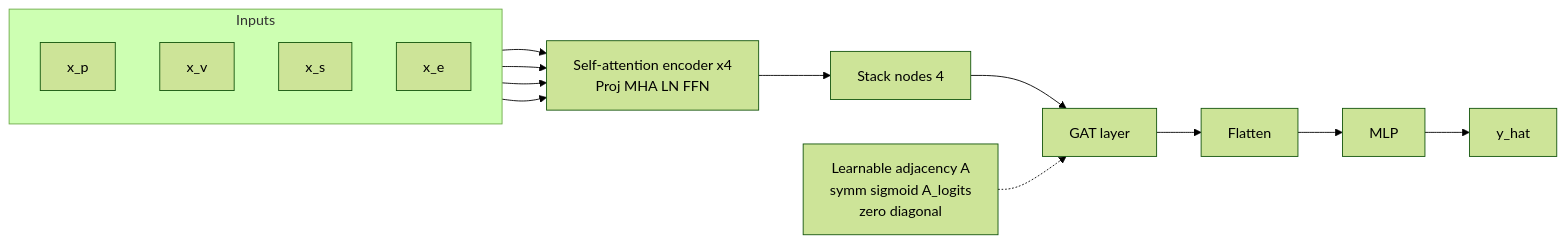
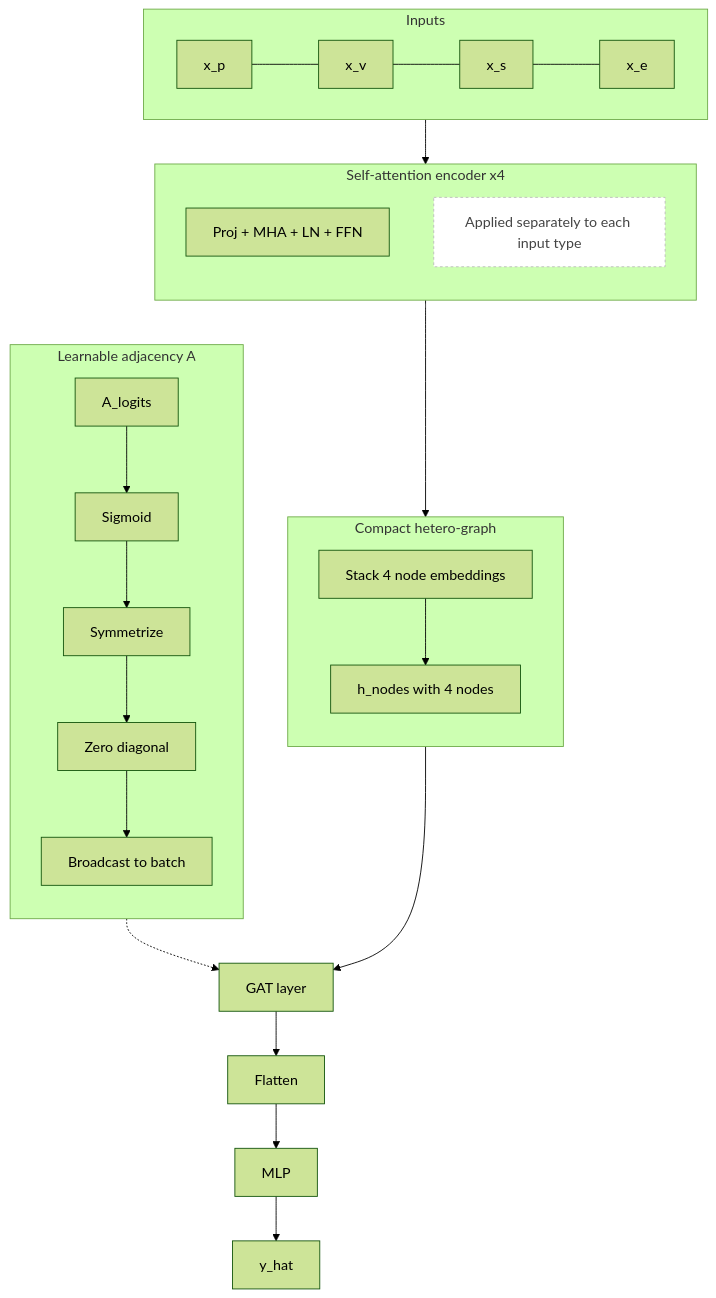
The diagram in README.md (Jueng-Eun/Skin-Absroption), drawn with Mermaid (forest theme) before and after one commit.

````diff
--- a/README.md
+++ b/README.md
@@ -1,27 +1,48 @@
 ```mermaid
-graph LR
+flowchart TD
+  %% ===== Inputs =====
   subgraph IN[Inputs]
-    direction TB
-    Xp[x_p]
-    Xv[x_v]
-    Xs[x_s]
-    Xe[x_e]
+    direction LR
+    Xp[x_p] --- Xv[x_v] --- Xs[x_s] --- Xe[x_e]
   end
 
-  ENC[Self-attention encoder x4\nProj MHA LN FFN]
-  STK[Stack nodes 4]
+  %% ===== Encoders (collapsed) =====
+  subgraph ENC[Self-attention encoder x4]
+    direction TB
+    E0[Proj + MHA + LN + FFN]
+    Note1[Applied separately to each input type]:::note
+  end
+
+  %% ===== Node stack =====
+  subgraph STK[Compact hetero-graph]
+    direction TB
+    S1[Stack 4 node embeddings]
+    S2[h_nodes with 4 nodes]
+  end
+
+  %% ===== Learnable adjacency =====
+  subgraph ADJ[Learnable adjacency A]
+    direction TB
+    A0[A_logits]
+    A1[Sigmoid]
+    A2[Symmetrize]
+    A3[Zero diagonal]
+    A4[Broadcast to batch]
+    A0 --> A1 --> A2 --> A3 --> A4
+  end
+
+  %% ===== Message passing + Head =====
   GAT[GAT layer]
   FLT[Flatten]
   MLP[MLP]
   OUT[y_hat]
 
-  Xp --> ENC
-  Xv --> ENC
-  Xs --> ENC
-  Xe --> ENC
+  %% ===== Data flow =====
+  IN --> ENC --> S1 --> S2 --> GAT --> FLT --> MLP --> OUT
 
-  ENC --> STK --> GAT --> FLT --> MLP --> OUT
+  %% ===== Parameter flow (dashed) =====
+  A4 -.-> GAT
 
-  ADJ[Learnable adjacency A\nsymm sigmoid A_logits\nzero diagonal]
-  ADJ -.-> GAT
+  %% ===== Styling =====
+  classDef note fill:#ffffff,stroke:#bbbbbb,stroke-dasharray: 3 3,color:#444444;
 ```
````
